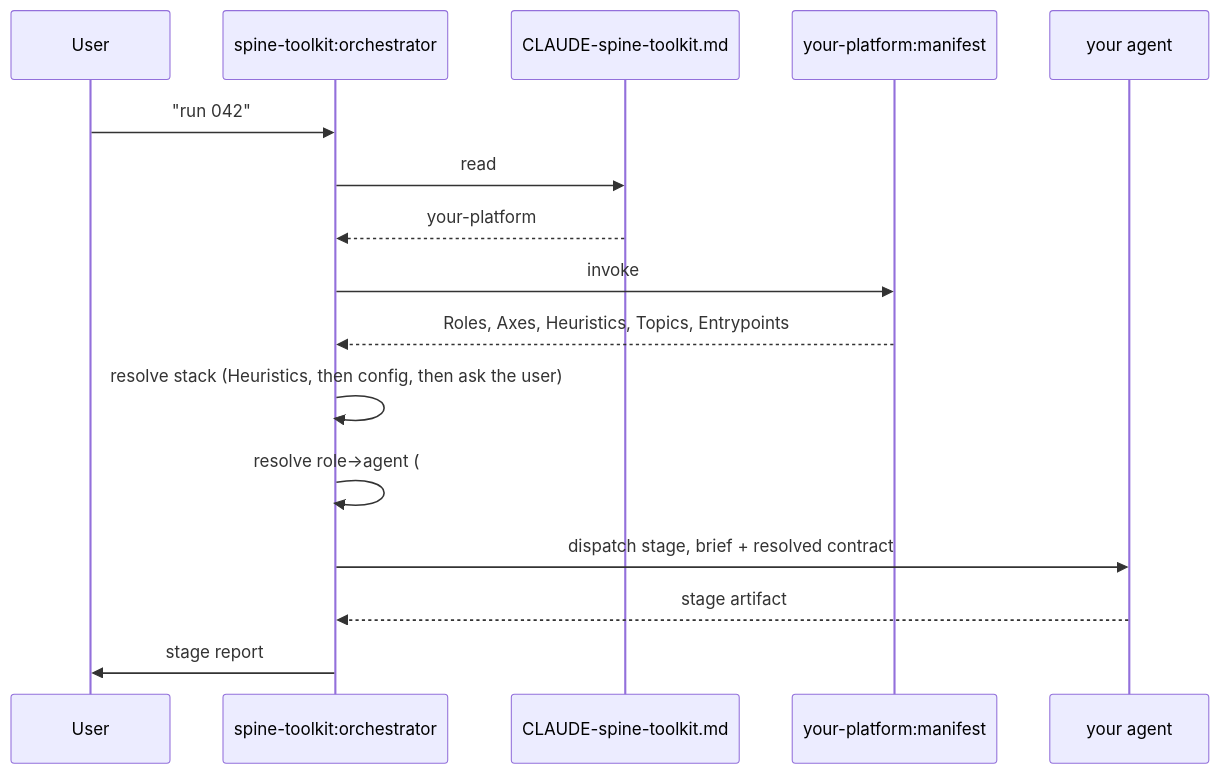
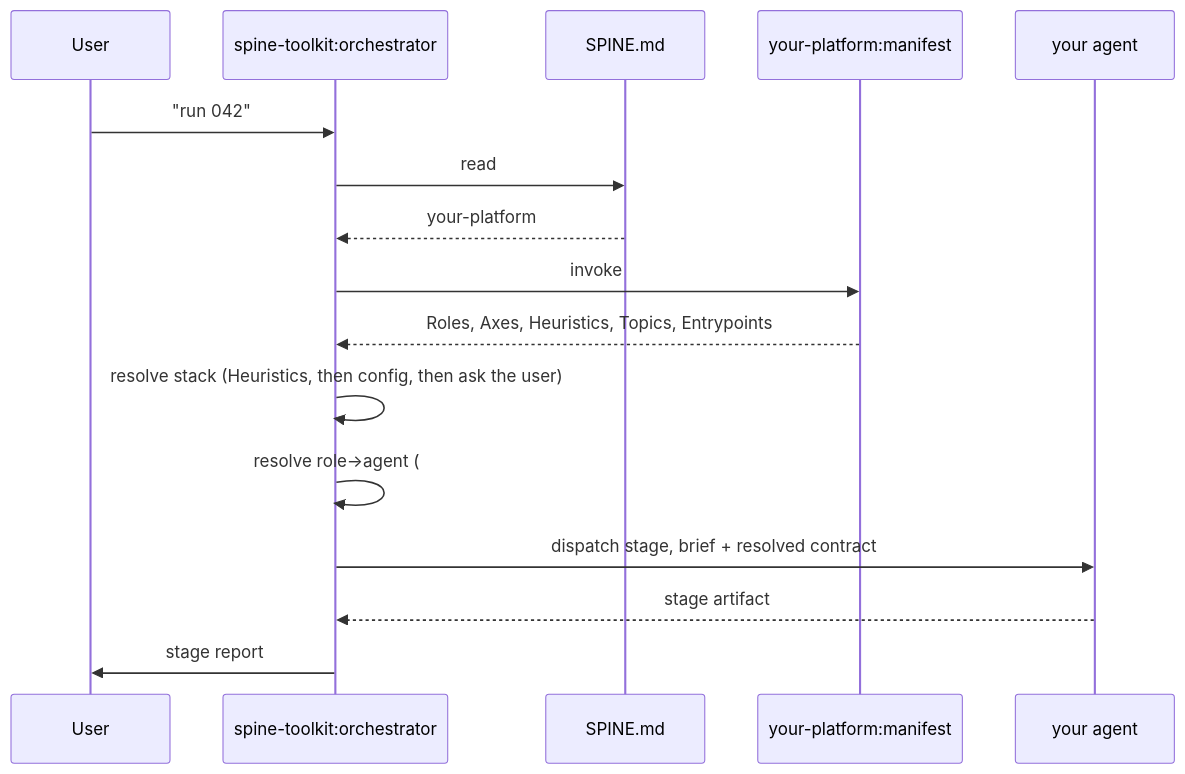
Before and after one commit to iruirc/spine-toolkit: the diagram in docs/building-a-platform.md, drawn with Mermaid. The commit also changed other lines of this file and 80 other files, not shown here.

````diff
--- a/docs/building-a-platform.md
+++ b/docs/building-a-platform.md
@@ -45,19 +45,19 @@
 ```mermaid
 sequenceDiagram
     participant U as User
     participant O as spine-toolkit:orchestrator
-    participant C as CLAUDE-spine-toolkit.md
+    participant C as SPINE.md
     participant M as your-platform:manifest
     participant A as your agent
 
     U->>O: "run 042"
     O->>C: read ## Platform
     C-->>O: your-platform
     O->>M: invoke
     M-->>O: Roles, Axes, Heuristics, Topics, Entrypoints
     O->>O: resolve stack (Heuristics, then config, then ask the user)
     O->>O: resolve role→agent (## Agents override wins, else Roles)
     O->>A: dispatch stage, brief + resolved contract
     A-->>O: stage artifact
     O->>U: stage report
 ```
````
